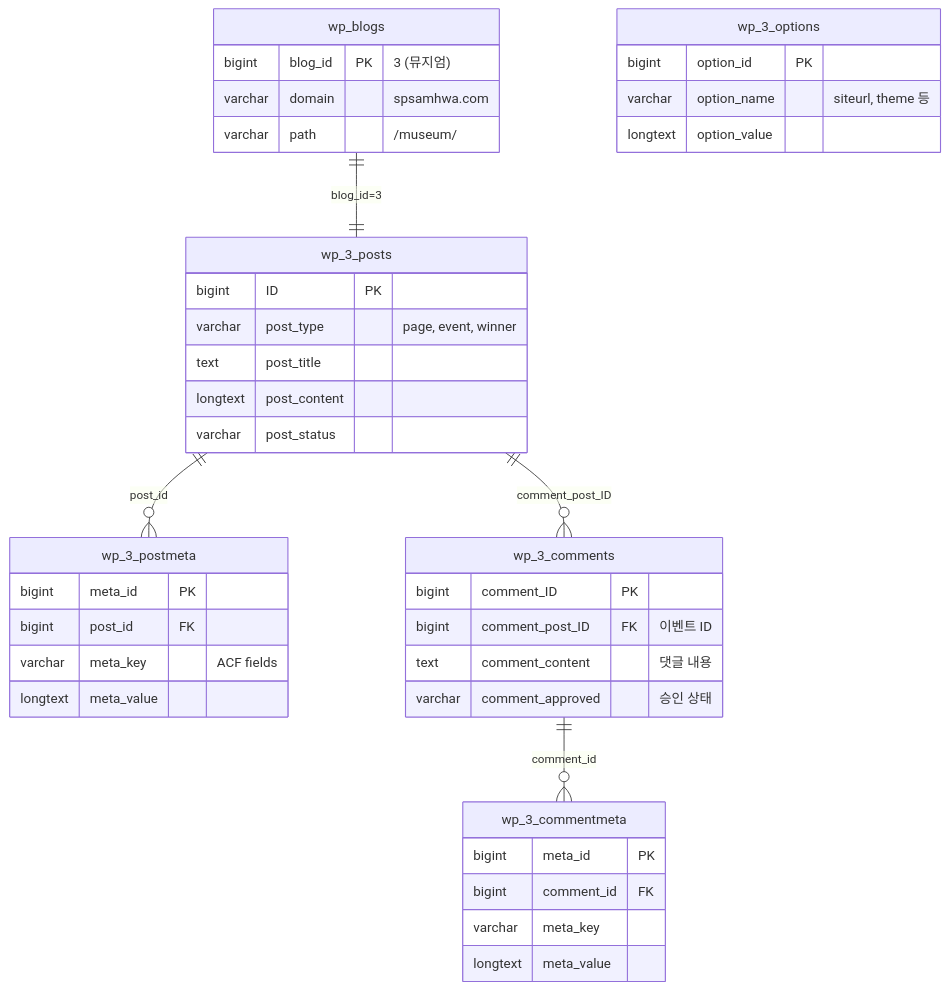
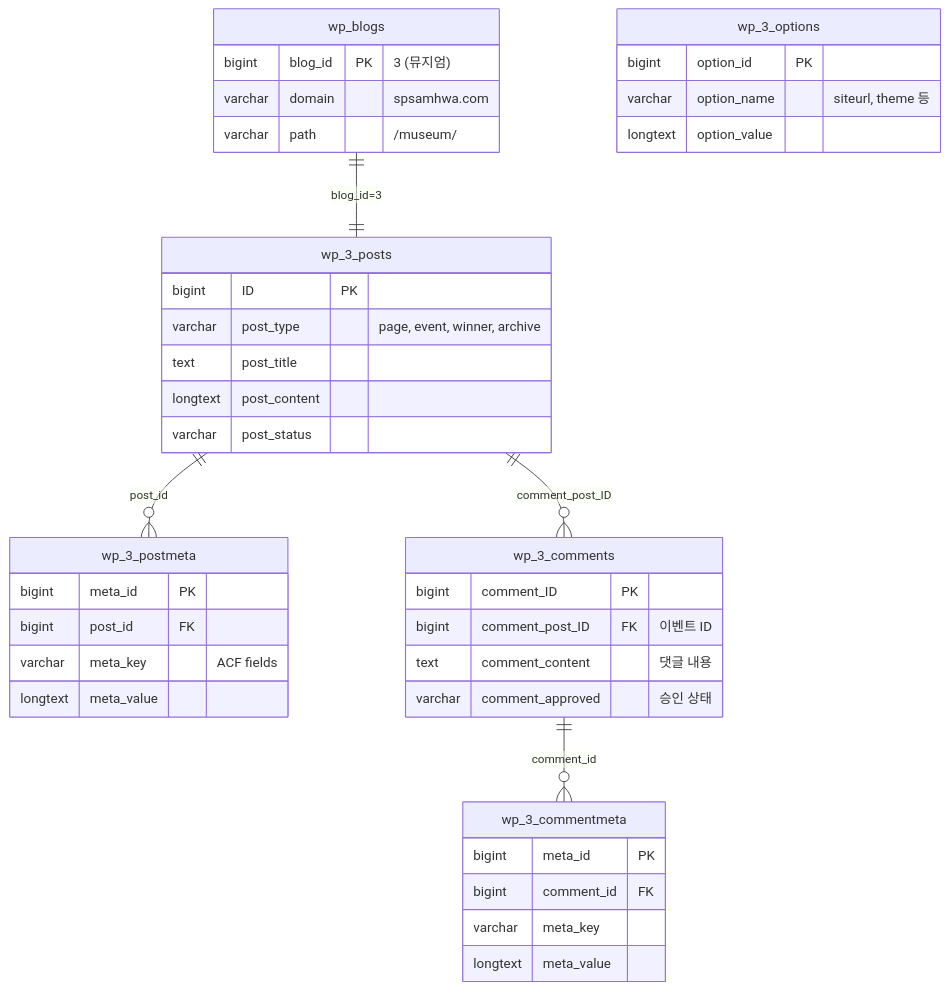
The first of 2 diagrams in src/content/docs/samhwa-musuem/specification/02-테이블정의서.md (sknkwoxs/manual-book), drawn with Mermaid before and after one commit. The commit also changed other lines of this file and 16 other files, not shown here.

First line of the commit message:
docs(samhwa-musuem): add numbering system, update archive docs, fix mermaid ERD

````diff
--- a/src/content/docs/samhwa-musuem/specification/02-테이블정의서.md
+++ b/src/content/docs/samhwa-musuem/specification/02-테이블정의서.md
@@ -244,48 +263,48 @@
 ```mermaid
 erDiagram
     wp_blogs ||--|| wp_3_posts : "blog_id=3"
     wp_3_posts ||--o{ wp_3_postmeta : "post_id"
     wp_3_posts ||--o{ wp_3_comments : "comment_post_ID"
     wp_3_comments ||--o{ wp_3_commentmeta : "comment_id"
 
     wp_blogs {
         bigint blog_id PK "3 (뮤지엄)"
         varchar domain "spsamhwa.com"
         varchar path "/museum/"
     }
 
     wp_3_posts {
         bigint ID PK
-        varchar post_type "page, event, winner"
+        varchar post_type "page, event, winner, archive"
         text post_title
         longtext post_content
         varchar post_status
     }
 
     wp_3_postmeta {
         bigint meta_id PK
         bigint post_id FK
         varchar meta_key "ACF fields"
         longtext meta_value
     }
 
     wp_3_comments {
         bigint comment_ID PK
         bigint comment_post_ID FK "이벤트 ID"
         text comment_content "댓글 내용"
         varchar comment_approved "승인 상태"
     }
 
     wp_3_commentmeta {
         bigint meta_id PK
         bigint comment_id FK
         varchar meta_key
         longtext meta_value
     }
 
     wp_3_options {
         bigint option_id PK
         varchar option_name "siteurl, theme 등"
         longtext option_value
     }
 ```
````
